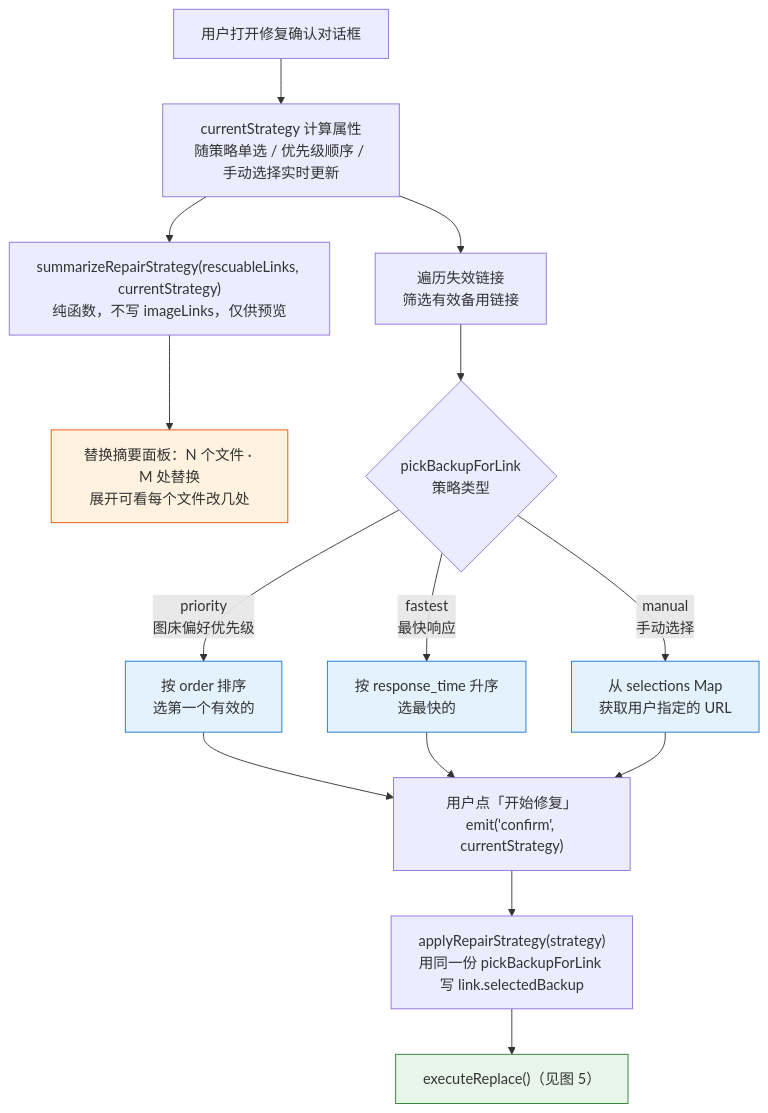
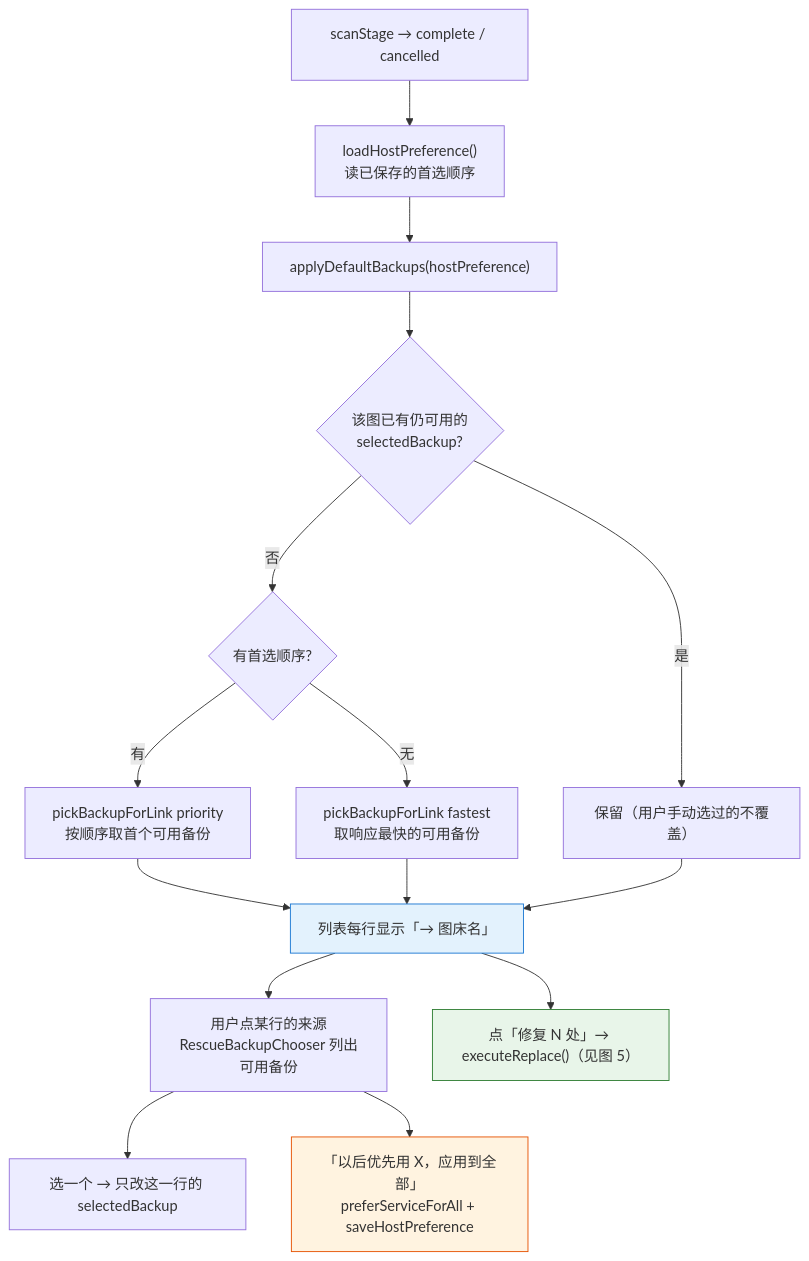
One commit to joeyliu6/PicNexus changed the sixth of 6 diagrams in docs/flows/md-rescue-flow.md. Above: the diagram before and after it, drawn with Mermaid. The commit also changed other lines of this file, not shown here.

Commit message:
docs(md-rescue): describe preselected replacements instead of the strategy dialog

````diff
--- a/docs/flows/md-rescue-flow.md
+++ b/docs/flows/md-rescue-flow.md
@@ -351,26 +352,24 @@
 ```mermaid
 flowchart TD
-    A["用户打开修复确认对话框"] --> B["currentStrategy 计算属性<br/>随策略单选 / 优先级顺序 / 手动选择实时更新"]
-    B --> S["summarizeRepairStrategy(rescuableLinks, currentStrategy)<br/>纯函数，不写 imageLinks，仅供预览"]
-    S --> S1["替换摘要面板：N 个文件 · M 处替换<br/>展开可看每个文件改几处"]
+    A["scanStage → complete / cancelled"] --> B["loadHostPreference()<br/>读已保存的首选顺序"]
+    B --> C["applyDefaultBackups(hostPreference)"]
+    C --> D{"该图已有仍可用的<br/>selectedBackup?"}
+    D -- 是 --> D1["保留（用户手动选过的不覆盖）"]
+    D -- 否 --> E{"有首选顺序?"}
+    E -- 有 --> E1["pickBackupForLink priority<br/>按顺序取首个可用备份"]
+    E -- 无 --> E2["pickBackupForLink fastest<br/>取响应最快的可用备份"]
 
-    B --> C["遍历失效链接<br/>筛选有效备用链接"]
-    C --> D{"pickBackupForLink<br/>策略类型"}
+    E1 --> F["列表每行显示「→ 图床名」"]
+    E2 --> F
+    D1 --> F
 
-    D -- "priority<br/>图床偏好优先级" --> E["按 order 排序<br/>选第一个有效的"]
-    D -- "fastest<br/>最快响应" --> F["按 response_time 升序<br/>选最快的"]
-    D -- "manual<br/>手动选择" --> G["从 selections Map<br/>获取用户指定的 URL"]
+    F --> G["用户点某行的来源<br/>RescueBackupChooser 列出可用备份"]
+    G --> G1["选一个 → 只改这一行的 selectedBackup"]
+    G --> G2["「以后优先用 X，应用到全部」<br/>preferServiceForAll + saveHostPreference"]
 
-    E --> J["用户点「开始修复」<br/>emit('confirm', currentStrategy)"]
-    F --> J
-    G --> J
+    F --> H["点「修复 N 处」→ executeReplace()（见图 5）"]
 
-    J --> K["applyRepairStrategy(strategy)<br/>用同一份 pickBackupForLink 写 link.selectedBackup"]
-    K --> L["executeReplace()（见图 5）"]
-
-    style E fill:#e3f2fd,stroke:#1976d2
     style F fill:#e3f2fd,stroke:#1976d2
-    style G fill:#e3f2fd,stroke:#1976d2
-    style S1 fill:#fff3e0,stroke:#e65100
-    style L fill:#e8f5e9,stroke:#2e7d32
+    style G2 fill:#fff3e0,stroke:#e65100
+    style H fill:#e8f5e9,stroke:#2e7d32
 ```
````
